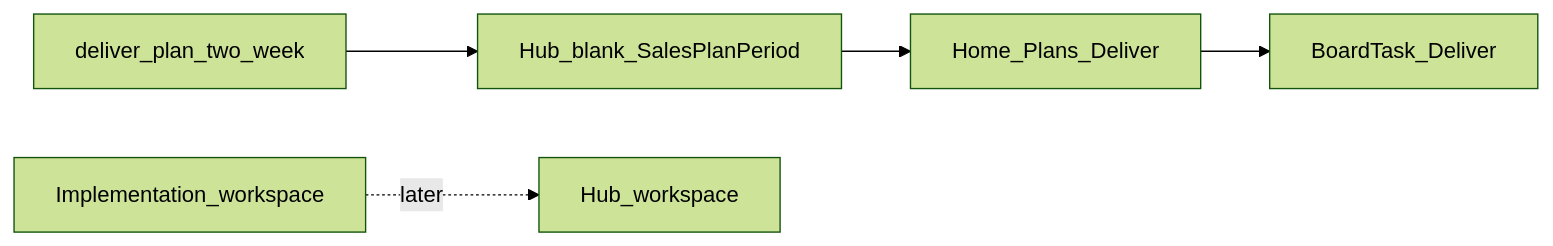
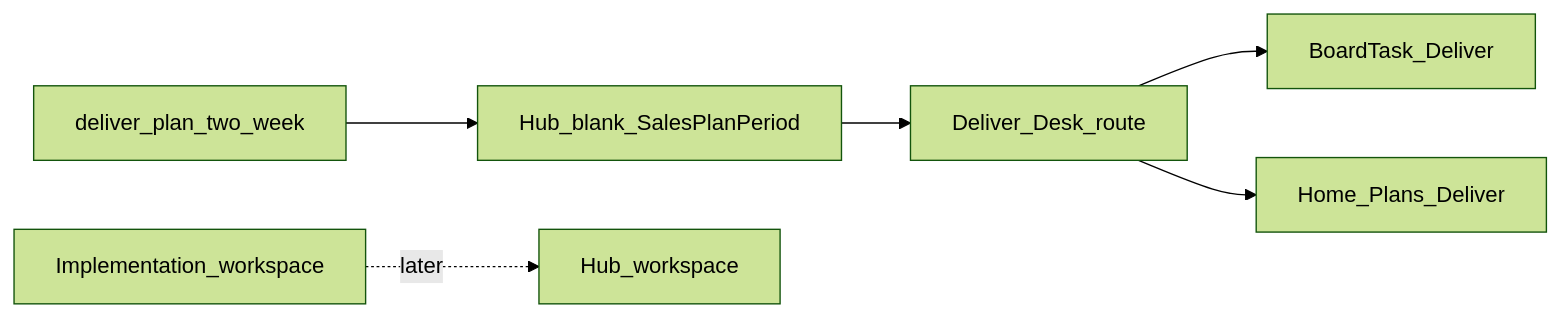
Before and after one commit to mkeslin/tls-docs-repo: the diagram in internal/backlog/design/hub-deliver-desk.md, drawn with Mermaid (forest theme). The commit also changed other lines of this file and 8 other files, not shown here.

Commit message:
Update SUMMARY and internal documents to include new Epic KPIs and related templates. Introduce KPI sections in deliver plan templates and align quarterly scorecard metrics with the new KPI framework for improved tracking of two-week plans.

````diff
--- a/internal/backlog/design/hub-deliver-desk.md
+++ b/internal/backlog/design/hub-deliver-desk.md
@@ -63,7 +63,8 @@
 ```mermaid
 flowchart LR
   tpl[deliver_plan_two_week] --> blank[Hub_blank_SalesPlanPeriod]
-  blank --> home[Home_Plans_Deliver]
-  home --> board[BoardTask_Deliver]
+  blank --> desk[Deliver_Desk_route]
+  desk --> board[BoardTask_Deliver]
+  desk --> home[Home_Plans_Deliver]
   workspace[Implementation_workspace] -.->|later| hubWs[Hub_workspace]
 ```
````
